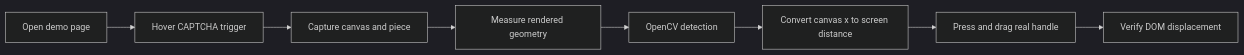
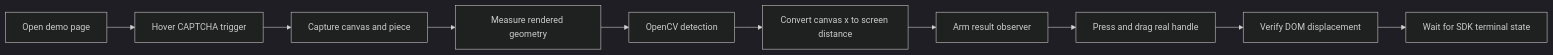
The diagram in README.md (FilthyS/slide-verification), drawn with Mermaid (dark theme) before and after one commit. The commit also changed other lines of this file and 4 other files, not shown here.

````diff
--- a/README.md
+++ b/README.md
@@ -84,10 +85,12 @@
 ```mermaid
 flowchart LR
     A[Open demo page] --> B[Hover CAPTCHA trigger]
     B --> C[Capture canvas and piece]
     C --> D[Measure rendered geometry]
     D --> E[OpenCV detection]
     E --> F[Convert canvas x to screen distance]
-    F --> G[Press and drag real handle]
-    G --> H[Verify DOM displacement]
+    F --> G[Arm result observer]
+    G --> H[Press and drag real handle]
+    H --> I[Verify DOM displacement]
+    I --> J[Wait for SDK terminal state]
 ```
````
